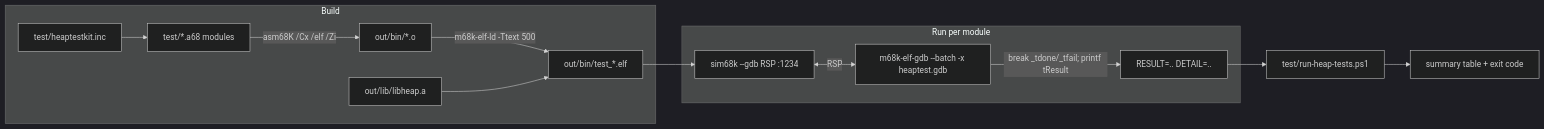
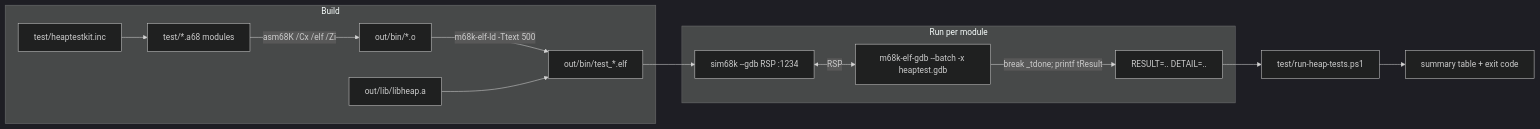
One commit to dougdu/heap68k changed the diagram in docs/HEAP_TEST_SUITE_DESIGN.md. Above: the diagram before and after it, drawn with Mermaid (dark theme). The commit also changed other lines of this file and 30 other files, not shown here.

````diff
--- a/docs/HEAP_TEST_SUITE_DESIGN.md
+++ b/docs/HEAP_TEST_SUITE_DESIGN.md
@@ -162,16 +182,16 @@
 ```mermaid
 flowchart LR
     subgraph Build
         A[test/*.a68 modules] -->|asm68K /Cx /elf /Zi| B[out/bin/*.o]
         K[test/heaptestkit.inc] --> A
         B -->|m68k-elf-ld -Ttext 500| C[out/bin/test_*.elf]
         L[out/lib/libheap.a] --> C
     end
     subgraph Run per module
         C --> D[sim68k --gdb  RSP :1234]
         D <-->|RSP| E[m68k-elf-gdb --batch -x heaptest.gdb]
-        E -->|break _tdone/_tfail; printf tResult| F[RESULT=.. DETAIL=..]
+        E -->|break _tdone; printf tResult| F[RESULT=.. DETAIL=..]
     end
     F --> G[test/run-heap-tests.ps1]
     G --> H[summary table + exit code]
 ```
````
